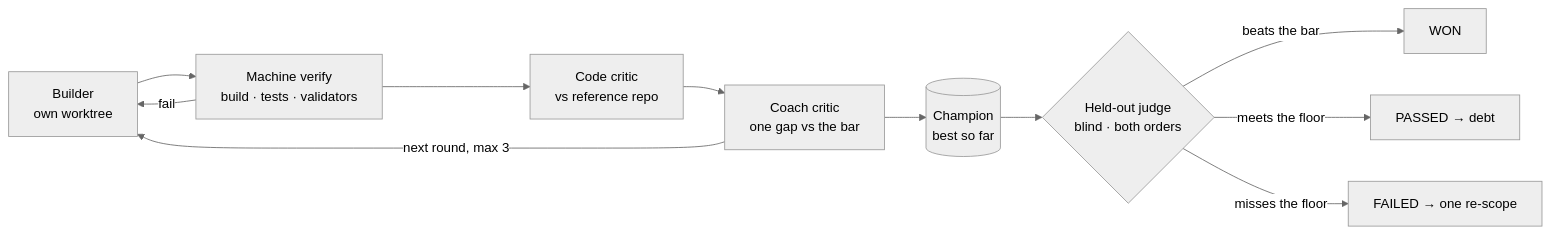
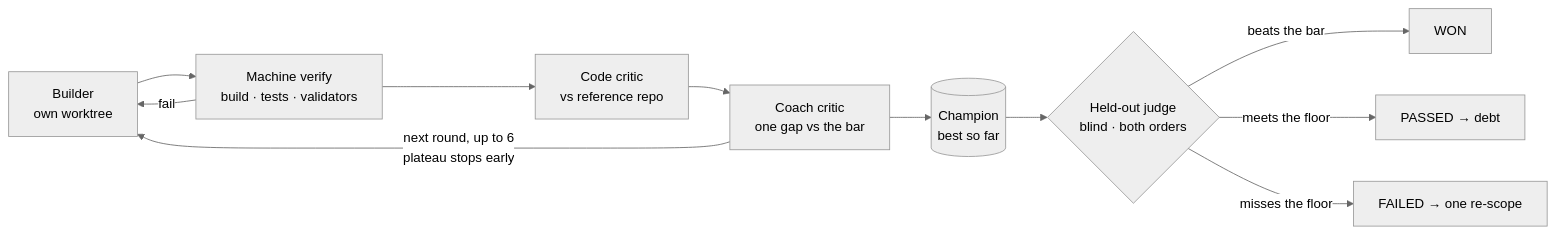
The second of 2 diagrams in README.md (Cosmic-Game-studios/gauntlet-loop), drawn with Mermaid (neutral theme) before and after one commit. The commit also changed other lines of this file and 113 other files, not shown here.

````diff
--- a/README.md
+++ b/README.md
@@ -103,13 +105,13 @@
 ```mermaid
 flowchart LR
     BLD[Builder<br/>own worktree] --> V[Machine verify<br/>build · tests · validators]
     V -->|fail| BLD
     V --> C[Code critic<br/>vs reference repo]
     C --> X[Coach critic<br/>one gap vs the bar]
-    X -->|next round, max 3| BLD
+    X -->|next round, up to 6<br/>plateau stops early| BLD
     X --> CH[(Champion<br/>best so far)]
     CH --> J{Held-out judge<br/>blind · both orders}
     J -->|beats the bar| W[WON]
     J -->|meets the floor| PA[PASSED → debt]
     J -->|misses the floor| F[FAILED → one re-scope]
 ```
````
